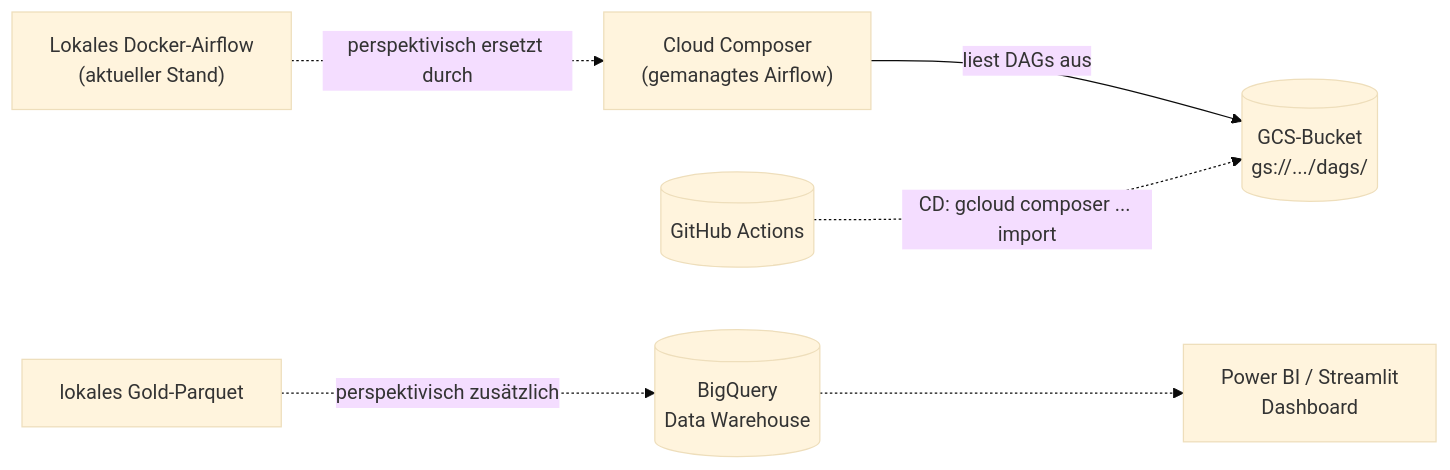
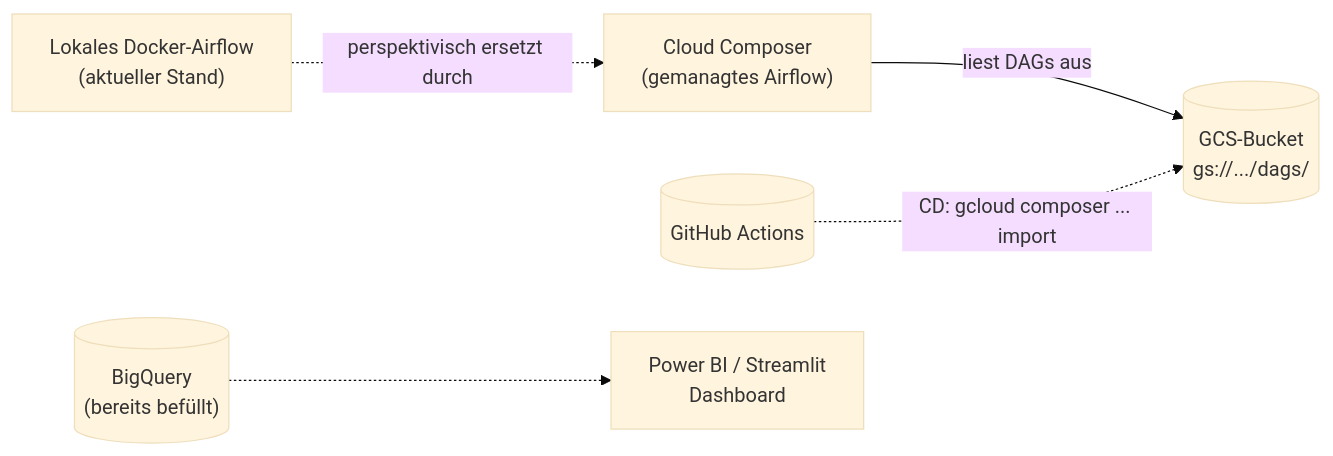
Before and after one commit to Sbata-Germany-25/lakehouse-retail-pipeline: the second of 2 diagrams in docs/architecture.md, drawn with Mermaid (base theme). The commit also changed other lines of this file and 1 other file, not shown here.

````diff
--- a/docs/architecture.md
+++ b/docs/architecture.md
@@ -69,10 +84,9 @@
 ```mermaid
 flowchart LR
     LOCAL["Lokales Docker-Airflow<br/>(aktueller Stand)"] -.->|"perspektivisch ersetzt durch"| COMPOSER["Cloud Composer<br/>(gemanagtes Airflow)"]
 
     COMPOSER -->|"liest DAGs aus"| GCS_DAGS[("GCS-Bucket<br/>gs://.../dags/")]
     GITHUB2[("GitHub Actions")] -.->|"CD: gcloud composer ... import"| GCS_DAGS
 
-    GOLD2["lokales Gold-Parquet"] -.->|"perspektivisch zusätzlich"| BQ[("BigQuery<br/>Data Warehouse")]
-    BQ -.-> DASH["Power BI / Streamlit<br/>Dashboard"]
+    BQ2[("BigQuery<br/>(bereits befüllt)")] -.-> DASH["Power BI / Streamlit<br/>Dashboard"]
 ```
````
